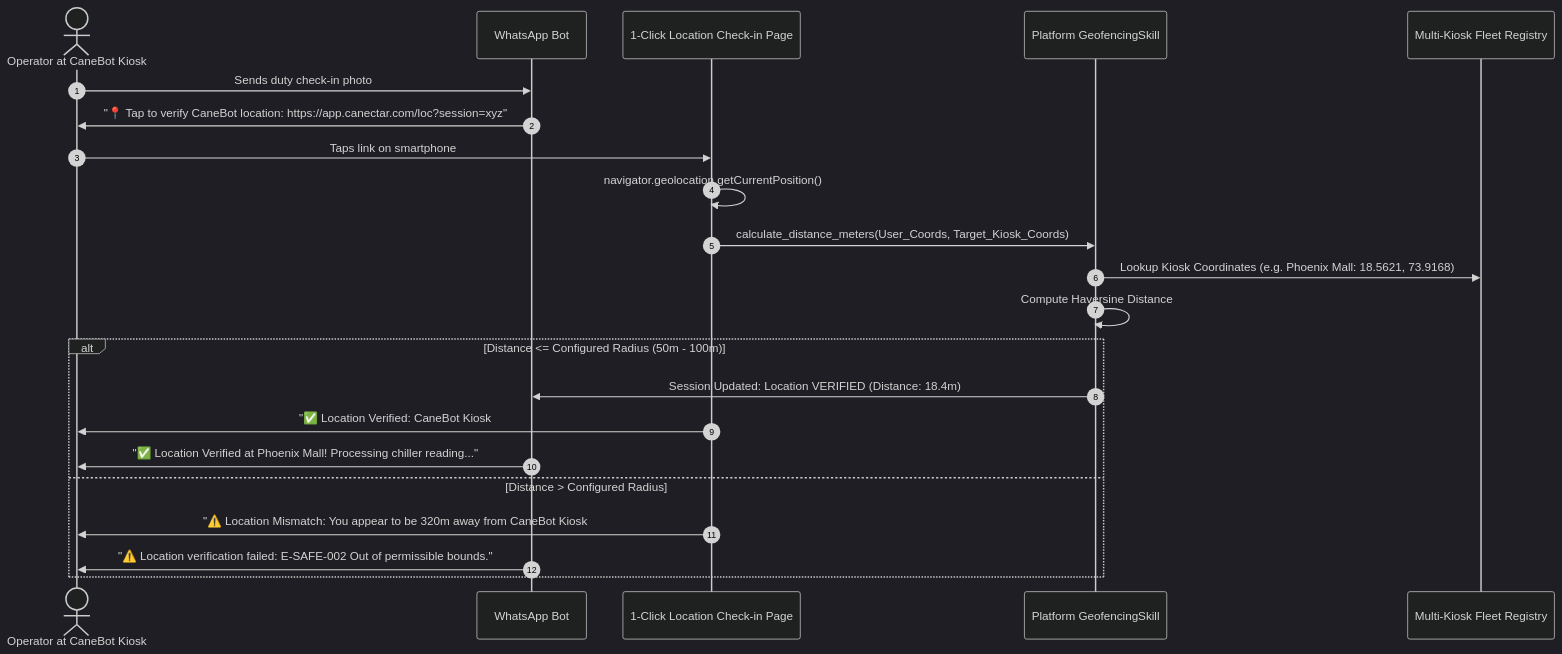
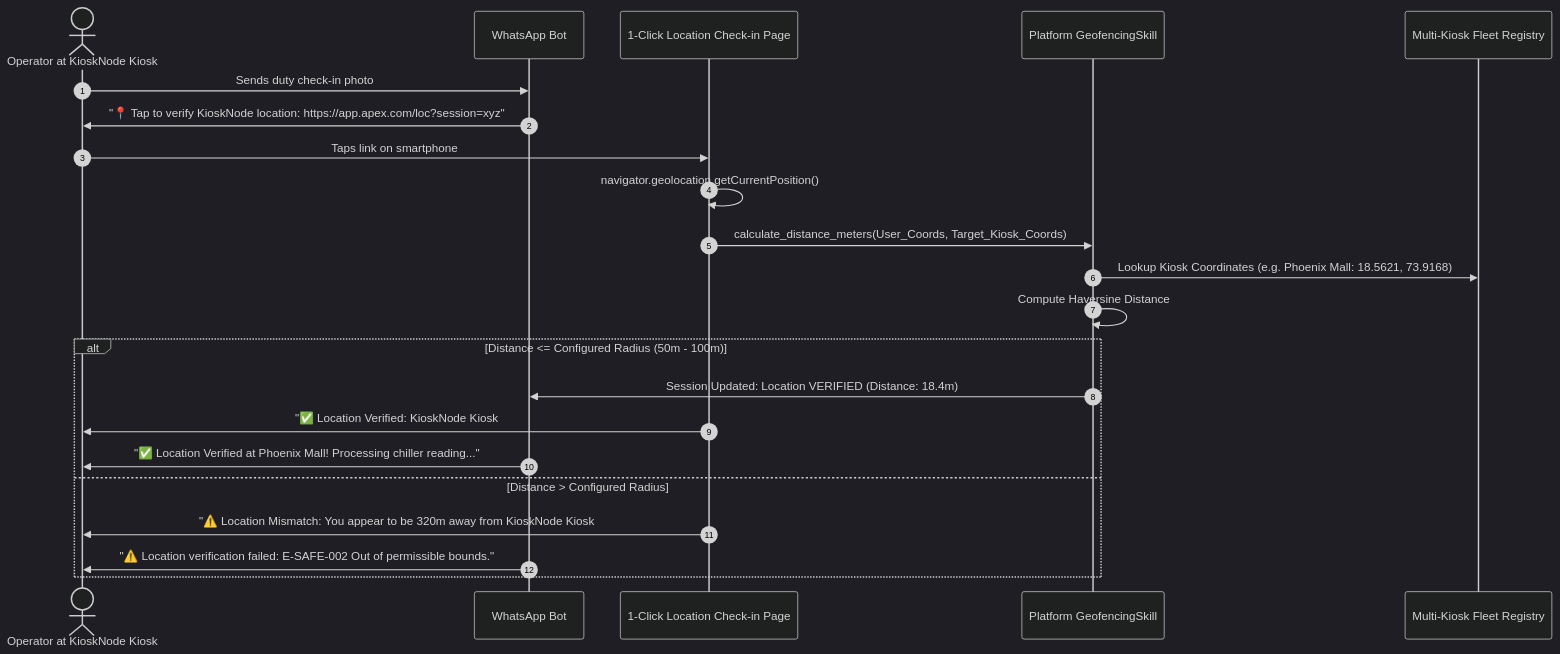
The first of 4 diagrams in plans/03_app_temperature_marker_v1.3.md (meetmahendra/Release100), drawn with Mermaid (dark theme) before and after one commit. The commit also changed other lines of this file and 41 other files, not shown here.

````diff
--- a/plans/03_app_temperature_marker_v1.3.md
+++ b/plans/03_app_temperature_marker_v1.3.md
@@ -108,26 +108,26 @@
 ```mermaid
 sequenceDiagram
     autonumber
-    actor Worker as Operator at CaneBot Kiosk
+    actor Worker as Operator at KioskNode Kiosk
     participant WA as WhatsApp Bot
     participant WebCheckin as 1-Click Location Check-in Page
     participant GeoSkill as Platform GeofencingSkill
     participant KG as Multi-Kiosk Fleet Registry
 
     Worker->>WA: Sends duty check-in photo
-    WA->>Worker: "📍 Tap to verify CaneBot location: https://app.canectar.com/loc?session=xyz"
+    WA->>Worker: "📍 Tap to verify KioskNode location: https://app.apex.com/loc?session=xyz"
     Worker->>WebCheckin: Taps link on smartphone
     WebCheckin->>WebCheckin: navigator.geolocation.getCurrentPosition()
     WebCheckin->>GeoSkill: calculate_distance_meters(User_Coords, Target_Kiosk_Coords)
     GeoSkill->>KG: Lookup Kiosk Coordinates (e.g. Phoenix Mall: 18.5621, 73.9168)
     GeoSkill->>GeoSkill: Compute Haversine Distance
     
     alt Distance <= Configured Radius (50m - 100m)
         GeoSkill->>WA: Session Updated: Location VERIFIED (Distance: 18.4m)
-        WebCheckin->>Worker: "✅ Location Verified: CaneBot Kiosk #04 (Phoenix Mall). You may close this tab."
+        WebCheckin->>Worker: "✅ Location Verified: KioskNode Kiosk #04 (Phoenix Mall). You may close this tab."
         WA->>Worker: "✅ Location Verified at Phoenix Mall! Processing chiller reading..."
     else Distance > Configured Radius
-        WebCheckin->>Worker: "⚠️ Location Mismatch: You appear to be 320m away from CaneBot Kiosk #04."
+        WebCheckin->>Worker: "⚠️ Location Mismatch: You appear to be 320m away from KioskNode Kiosk #04."
         WA->>Worker: "⚠️ Location verification failed: E-SAFE-002 Out of permissible bounds."
     end
 ```
````
